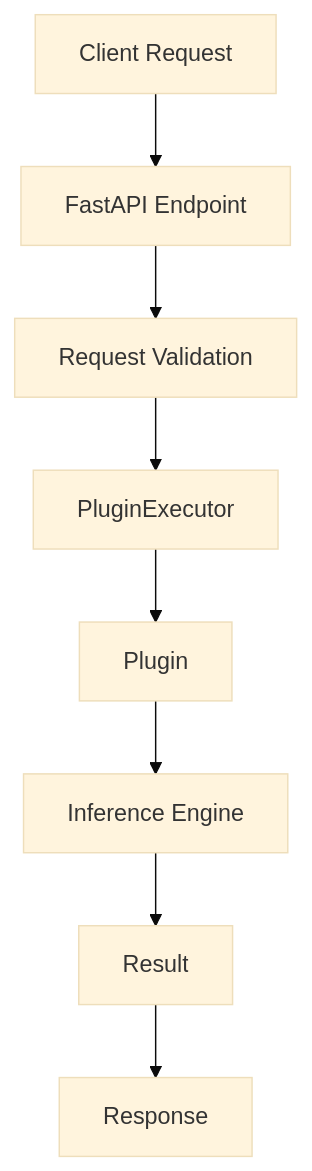
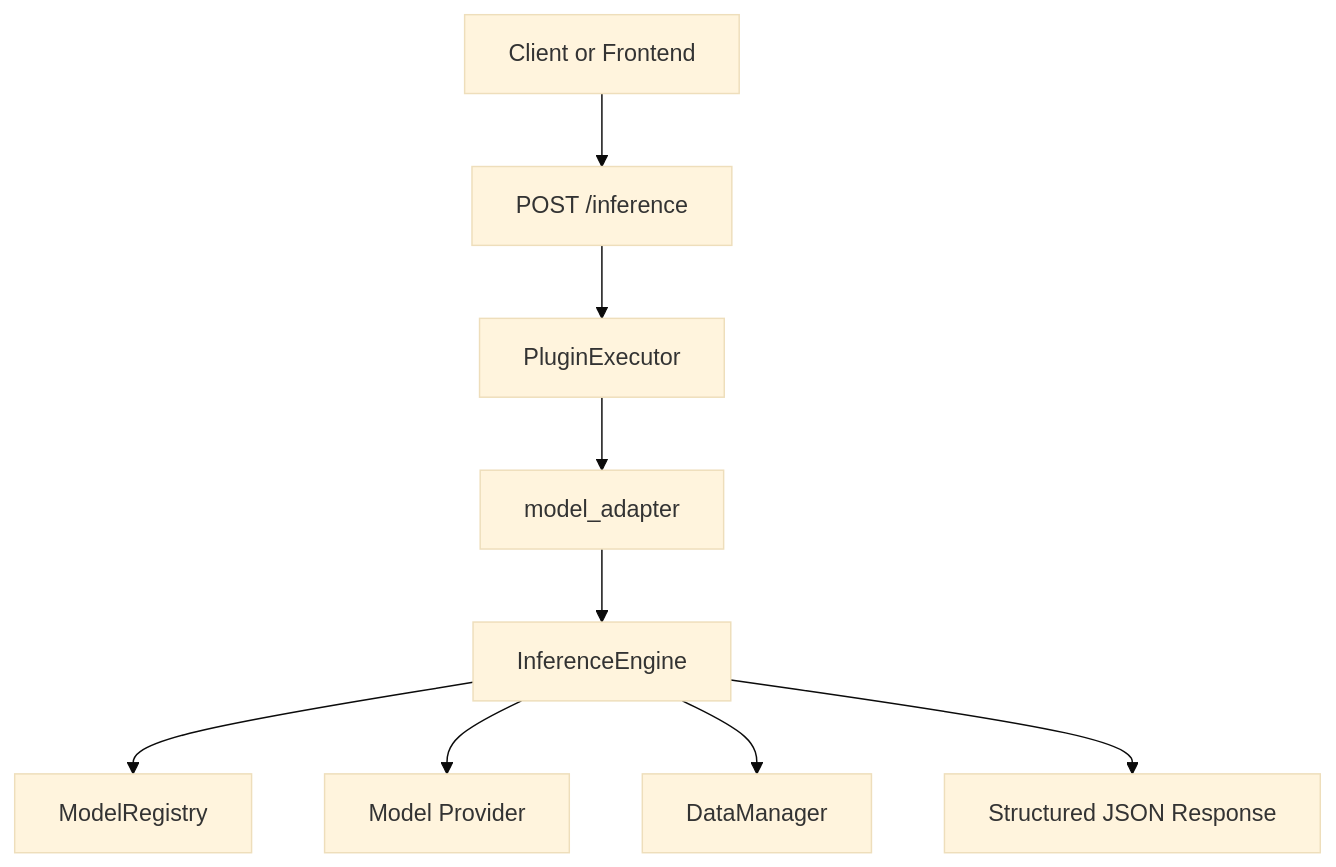
Before and after one commit to mohamadrahdan/GeoAI-Platform: the diagram in docs/inference-lifecycle.md, drawn with Mermaid (base theme). The commit also changed other lines of this file, not shown here.

Commit message:
docs: refine plugin and inference lifecycle documentation

````diff
--- a/docs/inference-lifecycle.md
+++ b/docs/inference-lifecycle.md
@@ -17,27 +41,21 @@
 ```mermaid
-graph TD
+flowchart TD
+    Client[Client or Frontend]
+    API[POST /inference]
+    Executor[PluginExecutor]
+    Adapter[model_adapter]
+    Engine[InferenceEngine]
+    Registry[ModelRegistry]
+    Provider[Model Provider]
+    Data[DataManager]
+    Response[Structured JSON Response]
 
-    A[Client Request]
-
-    B[FastAPI Endpoint]
-
-    C[Request Validation]
-
-    D[PluginExecutor]
-
-    E[Plugin]
-
-    F[Inference Engine]
-
-    G[Result]
-
-    H[Response]
-
-    A --> B
-    B --> C
-    C --> D
-    D --> E
-    E --> F
-    F --> G
-    G --> H
+    Client --> API
+    API --> Executor
+    Executor --> Adapter
+    Adapter --> Engine
+    Engine --> Registry
+    Engine --> Provider
+    Engine --> Data
+    Engine --> Response
 ```
````
